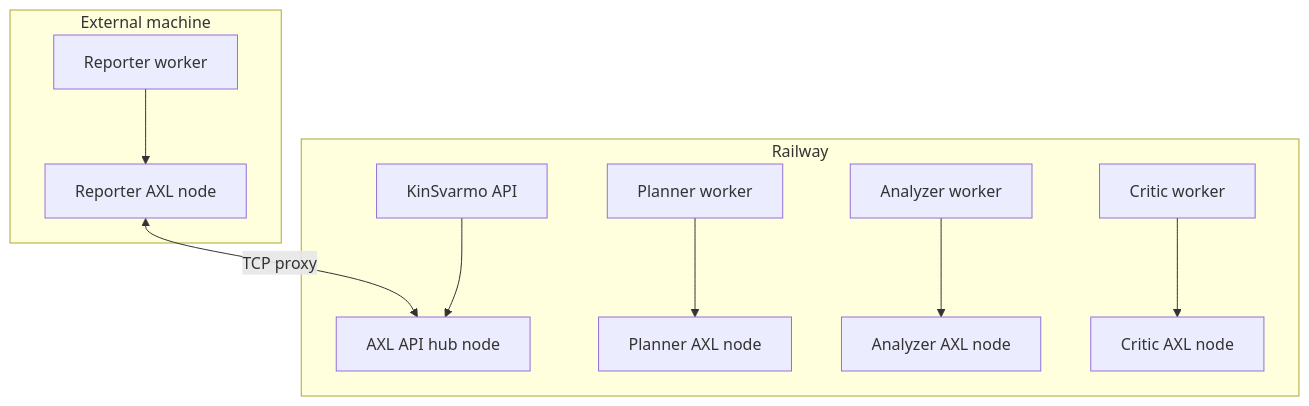
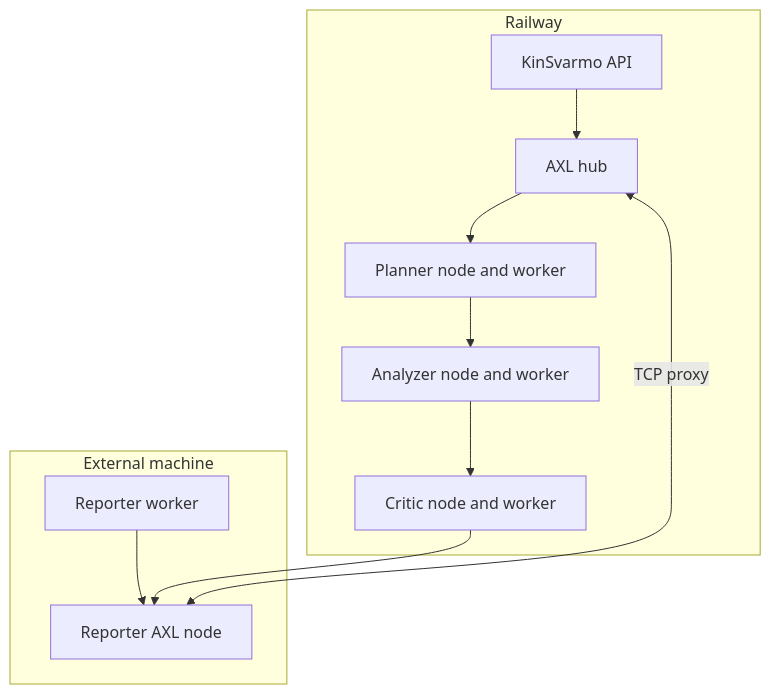
The fourth of 4 diagrams in README.md (KinSvarmo/kinsvarmo), drawn with Mermaid before and after one commit. The commit also changed other lines of this file, not shown here.

````diff
--- a/README.md
+++ b/README.md
@@ -202,25 +182,23 @@
 ```mermaid
 flowchart TB
   subgraph Railway
     APIService[KinSvarmo API]
-    AXLHub[AXL API hub node]
-    PlannerNode[Planner AXL node]
-    AnalyzerNode[Analyzer AXL node]
-    CriticNode[Critic AXL node]
-    PlannerWorker[Planner worker]
-    AnalyzerWorker[Analyzer worker]
-    CriticWorker[Critic worker]
+    AXLHub[AXL hub]
+    Planner[Planner node and worker]
+    Analyzer[Analyzer node and worker]
+    Critic[Critic node and worker]
   end
 
-  subgraph LocalMachine[External machine]
+  subgraph ExternalMachine[External machine]
     ReporterNode[Reporter AXL node]
     ReporterWorker[Reporter worker]
   end
 
   ReporterNode <-- TCP proxy --> AXLHub
-  PlannerWorker --> PlannerNode
-  AnalyzerWorker --> AnalyzerNode
-  CriticWorker --> CriticNode
+  APIService --> AXLHub
+  AXLHub --> Planner
+  Planner --> Analyzer
+  Analyzer --> Critic
+  Critic --> ReporterNode
   ReporterWorker --> ReporterNode
-  APIService --> AXLHub
 ```
````
